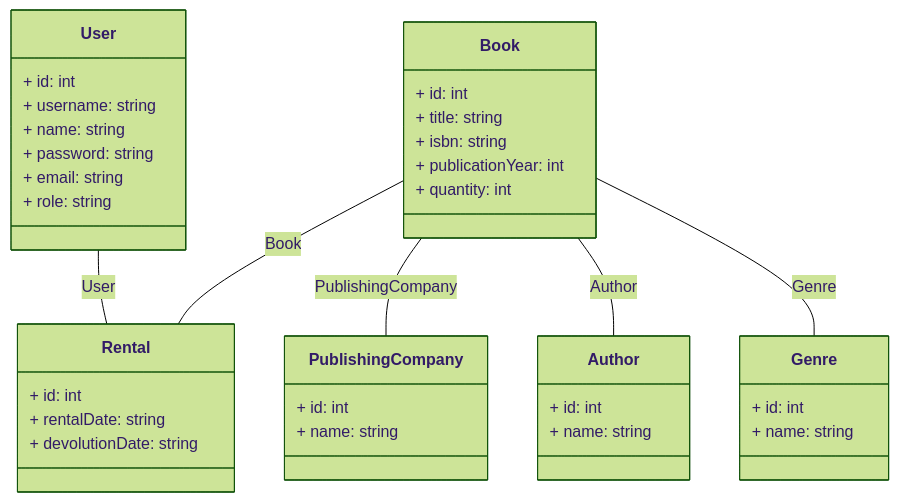
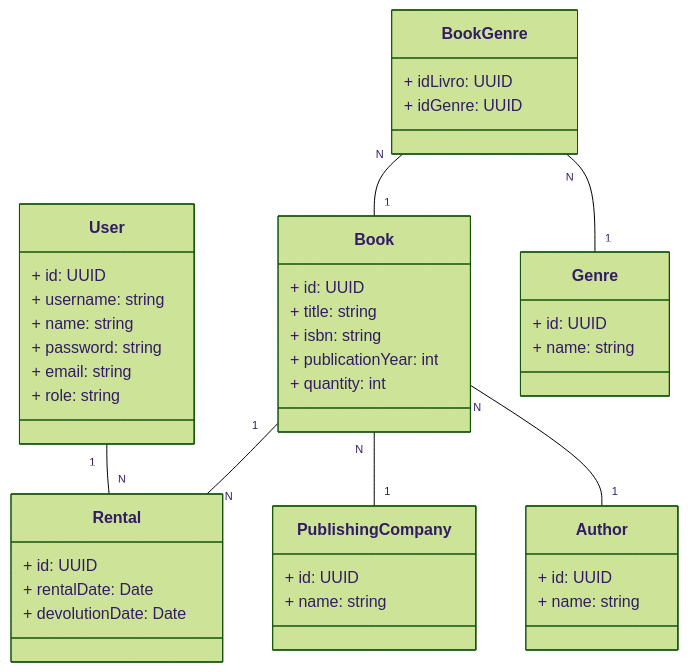
One commit to Caio-Pfaltzgraff/toplibrary changed the diagram in README.md. Above: the diagram before and after it, drawn with Mermaid (forest theme). The commit also changed other lines of this file and 15 other files, not shown here.

````diff
--- a/README.md
+++ b/README.md
@@ -6,47 +6,52 @@
 ```mermaid
 classDiagram
   class User {
-    + id: int
+    + id: UUID
     + username: string
     + name: string
     + password: string
     + email: string
     + role: string
   }
 
   class Book {
-    + id: int
+    + id: UUID
     + title: string
     + isbn: string
     + publicationYear: int
     + quantity: int
   }
 
   class PublishingCompany {
-    + id: int
+    + id: UUID
     + name: string
   }
 
   class Author {
-    + id: int
+    + id: UUID
     + name: string
   }
 
   class Genre {
-    + id: int
+    + id: UUID
     + name: string
+  }
+  
+  class BookGenre {
+      + idLivro: UUID
+      + idGenre: UUID
   }
 
   class Rental {
-    + id: int
-    + rentalDate: string
-    + devolutionDate: string
+    + id: UUID
+    + rentalDate: Date
+    + devolutionDate: Date
   }
 
-  User -- Rental : User
-  Book -- Rental : Book
-  Book -- PublishingCompany : PublishingCompany
-  Book -- Author : Author
-  Book -- Genre : Genre
-
+  User "1" -- "N" Rental
+  Book "1" -- "N" Rental
+  Book "N" -- "1" PublishingCompany
+  Book "N" -- "1" Author
+  BookGenre "N" -- "1" Book
+  BookGenre "N" -- "1" Genre
 ```
````
